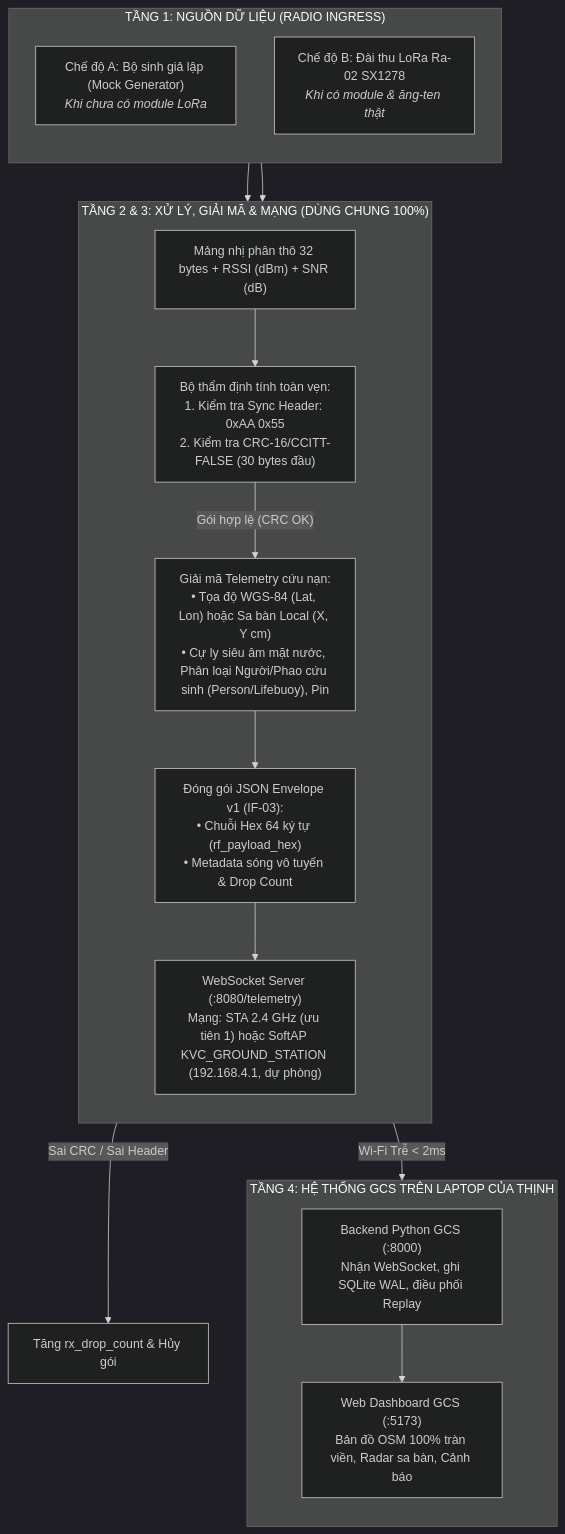
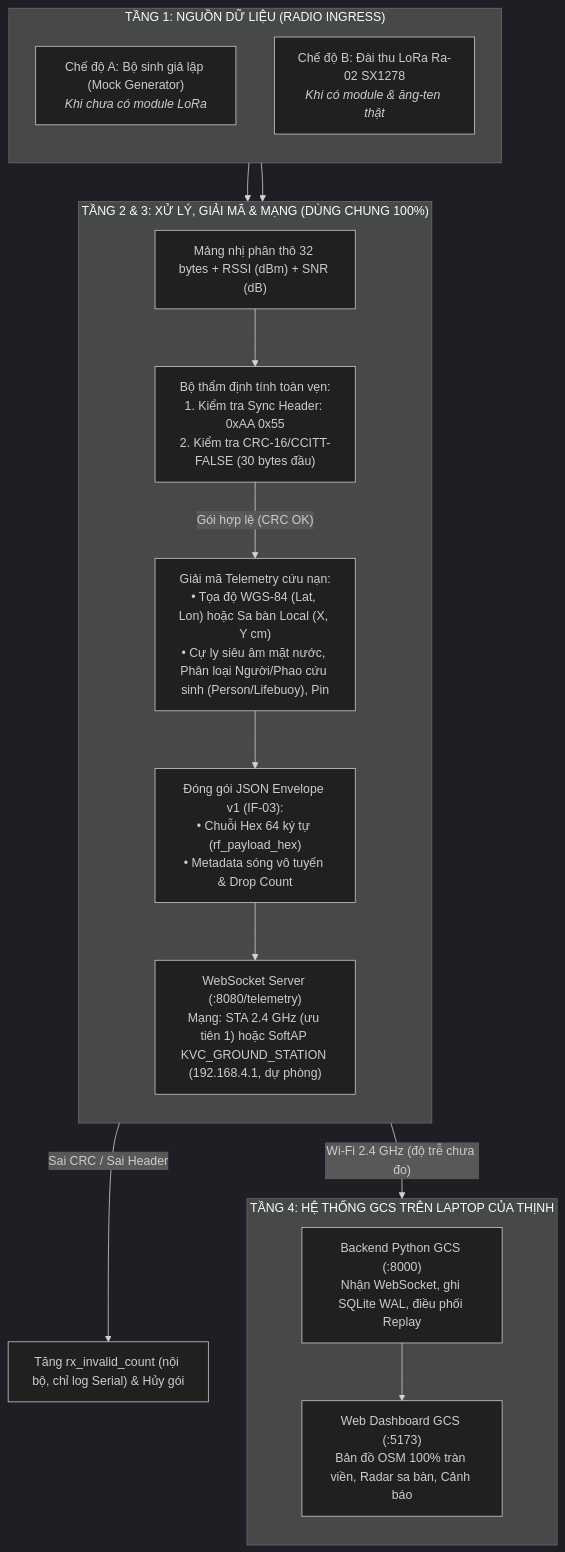
One commit to duyphong375/uav_payload changed the diagram in docs/verification/GATEWAY_TEST_PLAN.md. Above: the diagram before and after it, drawn with Mermaid (dark theme). The commit also changed other lines of this file and 98 other files, not shown here.

````diff
--- a/docs/verification/GATEWAY_TEST_PLAN.md
+++ b/docs/verification/GATEWAY_TEST_PLAN.md
@@ -17,33 +17,33 @@
 ```mermaid
 flowchart TD
     subgraph INGRESS_LAYER ["TẦNG 1: NGUỒN DỮ LIỆU (RADIO INGRESS)"]
         direction TB
         MOCK_SRC["Chế độ A: Bộ sinh giả lập (Mock Generator)<br/><i>Khi chưa có module LoRa</i>"]
         LORA_SRC["Chế độ B: Đài thu LoRa Ra-02 SX1278<br/><i>Khi có module & ăng-ten thật</i>"]
     end
 
     subgraph PIPELINE_CORE ["TẦNG 2 & 3: XỬ LÝ, GIẢI MÃ & MẠNG (DÙNG CHUNG 100%)"]
         direction TB
         HAL_OUT["Mảng nhị phân thô 32 bytes + RSSI (dBm) + SNR (dB)"]
         VALIDATOR["Bộ thẩm định tính toàn vẹn:<br/>1. Kiểm tra Sync Header: 0xAA 0x55<br/>2. Kiểm tra CRC-16/CCITT-FALSE (30 bytes đầu)"]
         PARSER["Giải mã Telemetry cứu nạn:<br/>• Tọa độ WGS-84 (Lat, Lon) hoặc Sa bàn Local (X, Y cm)<br/>• Cự ly siêu âm mặt nước, Phân loại Người/Phao cứu sinh (Person/Lifebuoy), Pin"]
         JSON_PACK["Đóng gói JSON Envelope v1 (IF-03):<br/>• Chuỗi Hex 64 ký tự (rf_payload_hex)<br/>• Metadata sóng vô tuyến & Drop Count"]
         WS_SRV["WebSocket Server (:8080/telemetry)<br/>Mạng: STA 2.4 GHz (ưu tiên 1) hoặc SoftAP KVC_GROUND_STATION (192.168.4.1, dự phòng)"]
     end
 
     subgraph GCS_LAPTOP ["TẦNG 4: HỆ THỐNG GCS TRÊN LAPTOP CỦA THỊNH"]
         direction TB
         BACKEND["Backend Python GCS (:8000)<br/>Nhận WebSocket, ghi SQLite WAL, điều phối Replay"]
         FRONTEND["Web Dashboard GCS (:5173)<br/>Bản đồ OSM 100% tràn viền, Radar sa bàn, Cảnh báo"]
     end
 
     MOCK_SRC --> HAL_OUT
     LORA_SRC --> HAL_OUT
     HAL_OUT --> VALIDATOR
     VALIDATOR -- "Gói hợp lệ (CRC OK)" --> PARSER
-    VALIDATOR -- "Sai CRC / Sai Header" --> DROP["Tăng rx_drop_count & Hủy gói"]
+    VALIDATOR -- "Sai CRC / Sai Header" --> DROP["Tăng rx_invalid_count (nội bộ, chỉ log Serial) & Hủy gói"]
     PARSER --> JSON_PACK
     JSON_PACK --> WS_SRV
-    WS_SRV -- "Wi-Fi Trễ < 2ms" --> BACKEND
+    WS_SRV -- "Wi-Fi 2.4 GHz (độ trễ chưa đo)" --> BACKEND
     BACKEND --> FRONTEND
 ```
````
